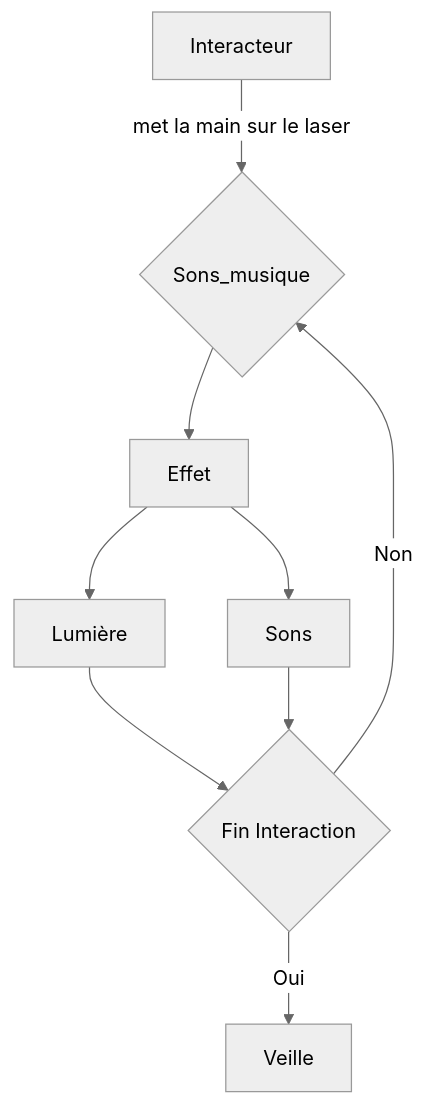
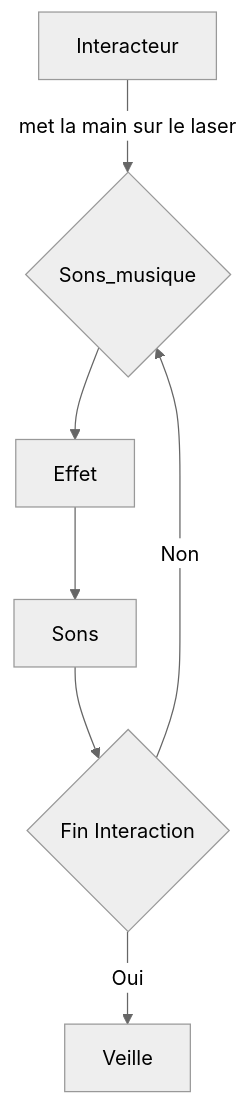
The first of 2 diagrams in README.md (tc-yavuz/presentation-2), drawn with Mermaid (neutral theme) before and after one commit.

`````diff
--- a/README.md
+++ b/README.md
@@ -13,11 +13,9 @@
 ````mermaid
 flowchart TD
     A[Interacteur] -->|met la main sur le laser| B{Sons_musique}
     B --> C[Effet]
-    C --> D[Lumière]
     C --> E[Sons]
-    D --> H{Fin Interaction}
-    E --> H
+    E --> H{Fin Interaction}
     H --> |Oui|I[Veille]
     H --> |Non|B
 ````
`````
